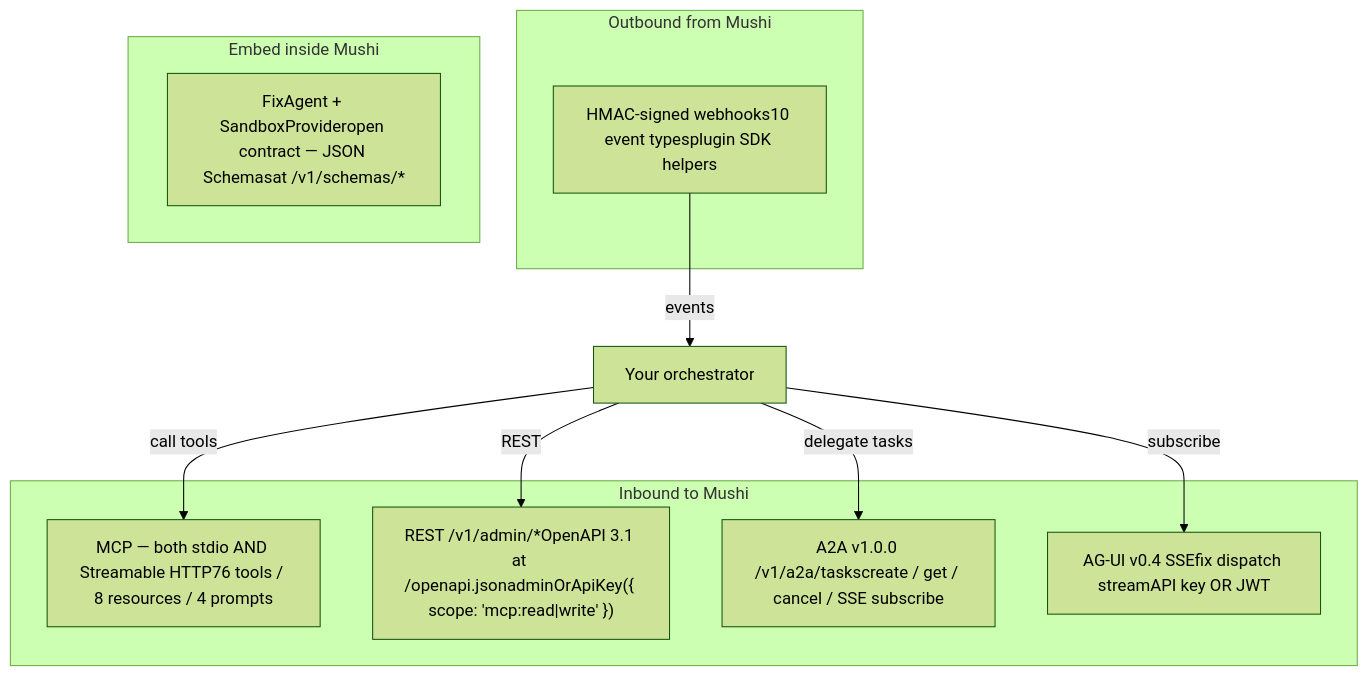
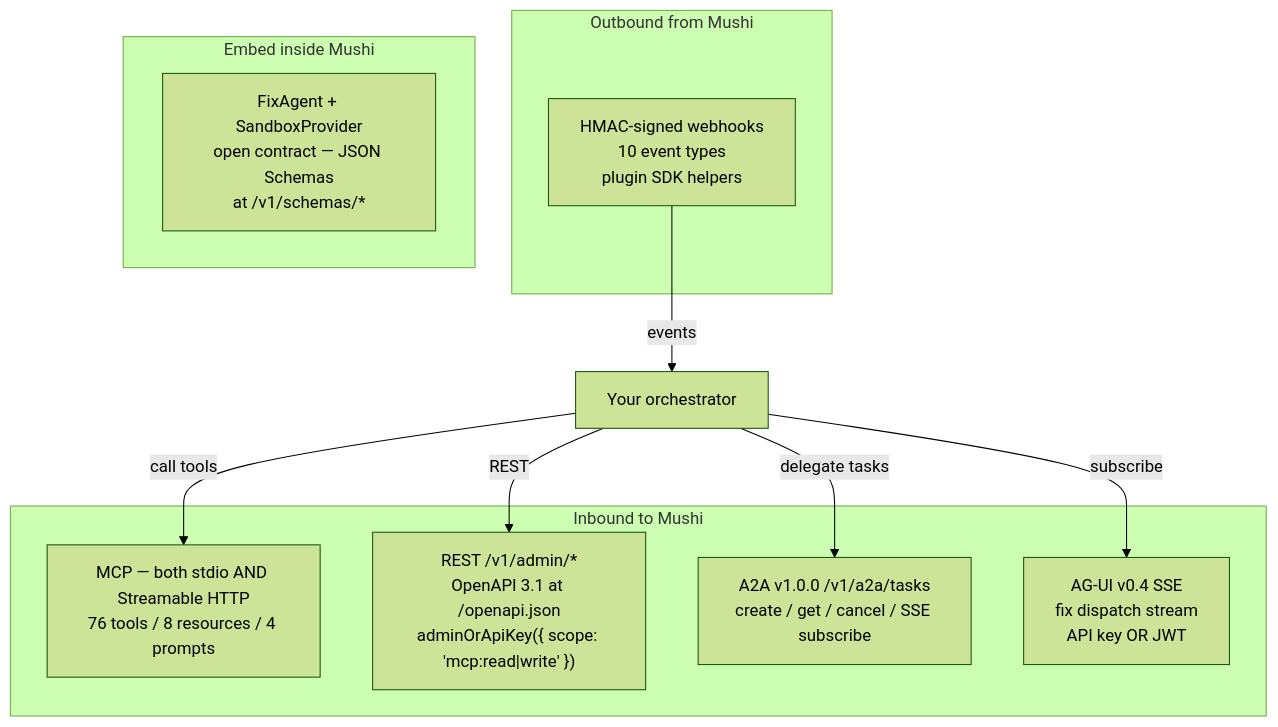
The diagram in apps/docs/public/llm-md/concepts/orchestrator-interop.md (kensaurus/mushi-mushi), drawn with Mermaid (forest theme) before and after one commit. The commit also changed other lines of this file and 66 other files, not shown here.

````diff
--- a/apps/docs/public/llm-md/concepts/orchestrator-interop.md
+++ b/apps/docs/public/llm-md/concepts/orchestrator-interop.md
@@ -33,20 +33,20 @@
 ```mermaid
 flowchart TB
   subgraph Inbound["Inbound to Mushi"]
-    MCP["MCP — both stdio AND Streamable HTTP76 tools / 8 resources / 4 prompts"]
-    REST["REST /v1/admin/*OpenAPI 3.1 at /openapi.jsonadminOrApiKey({ scope: 'mcp:read|write' })"]
-    A2A["A2A v1.0.0 /v1/a2a/taskscreate / get / cancel / SSE subscribe"]
-    AGUI["AG-UI v0.4 SSEfix dispatch streamAPI key OR JWT"]
+    MCP["MCP — both stdio AND Streamable HTTP<br/>76 tools / 8 resources / 4 prompts"]
+    REST["REST /v1/admin/*<br/>OpenAPI 3.1 at /openapi.json<br/>adminOrApiKey({ scope: 'mcp:read|write' })"]
+    A2A["A2A v1.0.0 /v1/a2a/tasks<br/>create / get / cancel / SSE subscribe"]
+    AGUI["AG-UI v0.4 SSE<br/>fix dispatch stream<br/>API key OR JWT"]
   end
   subgraph Outbound["Outbound from Mushi"]
-    Hooks["HMAC-signed webhooks10 event typesplugin SDK helpers"]
+    Hooks["HMAC-signed webhooks<br/>10 event types<br/>plugin SDK helpers"]
   end
   subgraph Native["Embed inside Mushi"]
-    FA["FixAgent + SandboxProvideropen contract — JSON Schemasat /v1/schemas/*"]
+    FA["FixAgent + SandboxProvider<br/>open contract — JSON Schemas<br/>at /v1/schemas/*"]
   end
   Orch["Your orchestrator"] -->|"call tools"| MCP
   Orch -->|"REST"| REST
   Orch -->|"delegate tasks"| A2A
   Orch -->|"subscribe"| AGUI
   Hooks -->|"events"| Orch
 ```
````
